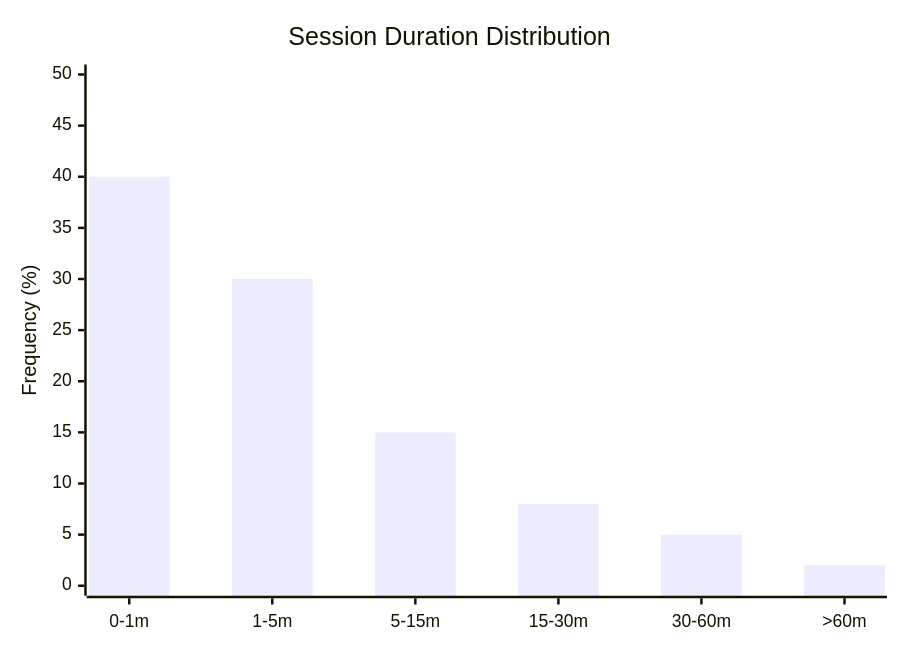
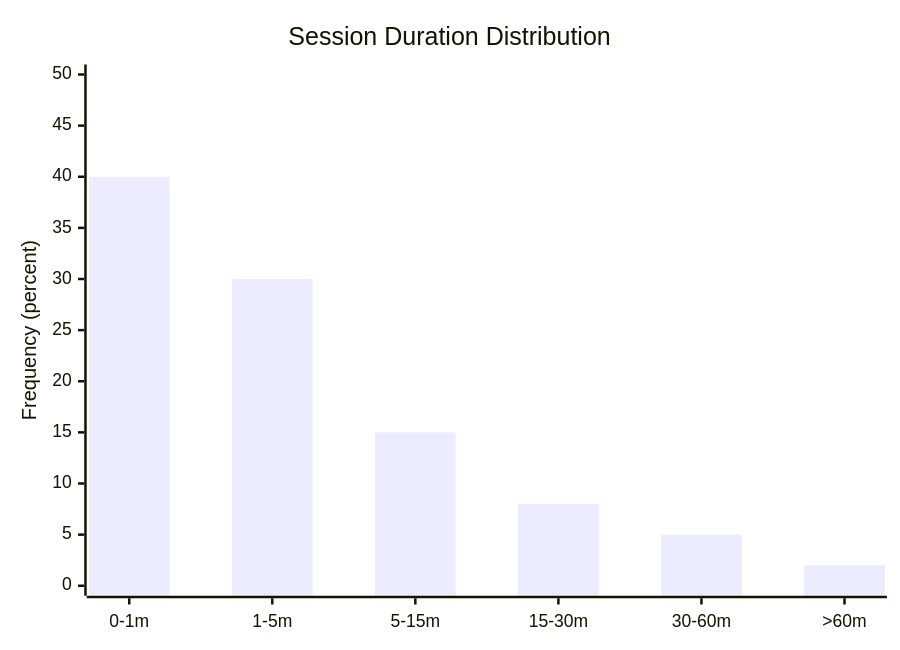
Before and after one commit to Shahriarin2garden/vllm_from_scratch: diagram 22 of 50 in lab0.4/README.md, drawn with Mermaid. The commit also changed other lines of this file, not shown here.

Commit message:
Update x-axis labels and improve diagram configurations in README.md for better clarity

````diff
--- a/lab0.4/README.md
+++ b/lab0.4/README.md
@@ -699,7 +683,7 @@
 ```mermaid
 xychart-beta
     title "Session Duration Distribution"
     x-axis ["0-1m", "1-5m", "5-15m", "15-30m", "30-60m", ">60m"]
-    y-axis "Frequency (%)" 0 --> 50
+    y-axis "Frequency (percent)" 0 --> 50
     bar [40, 30, 15, 8, 5, 2]
 ```
````
